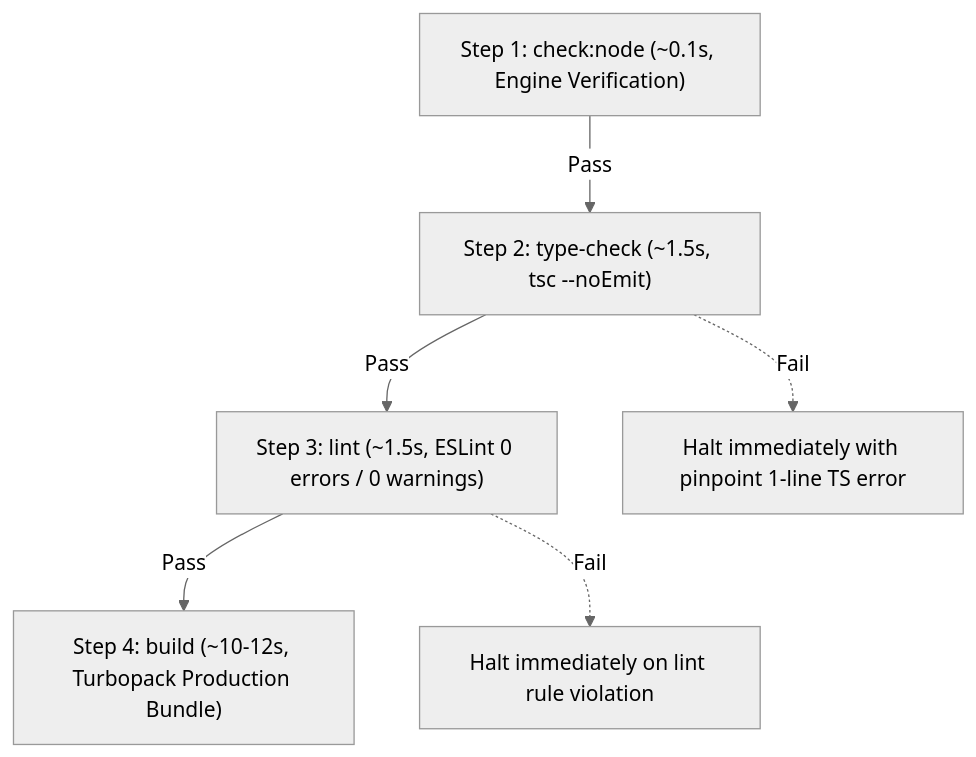
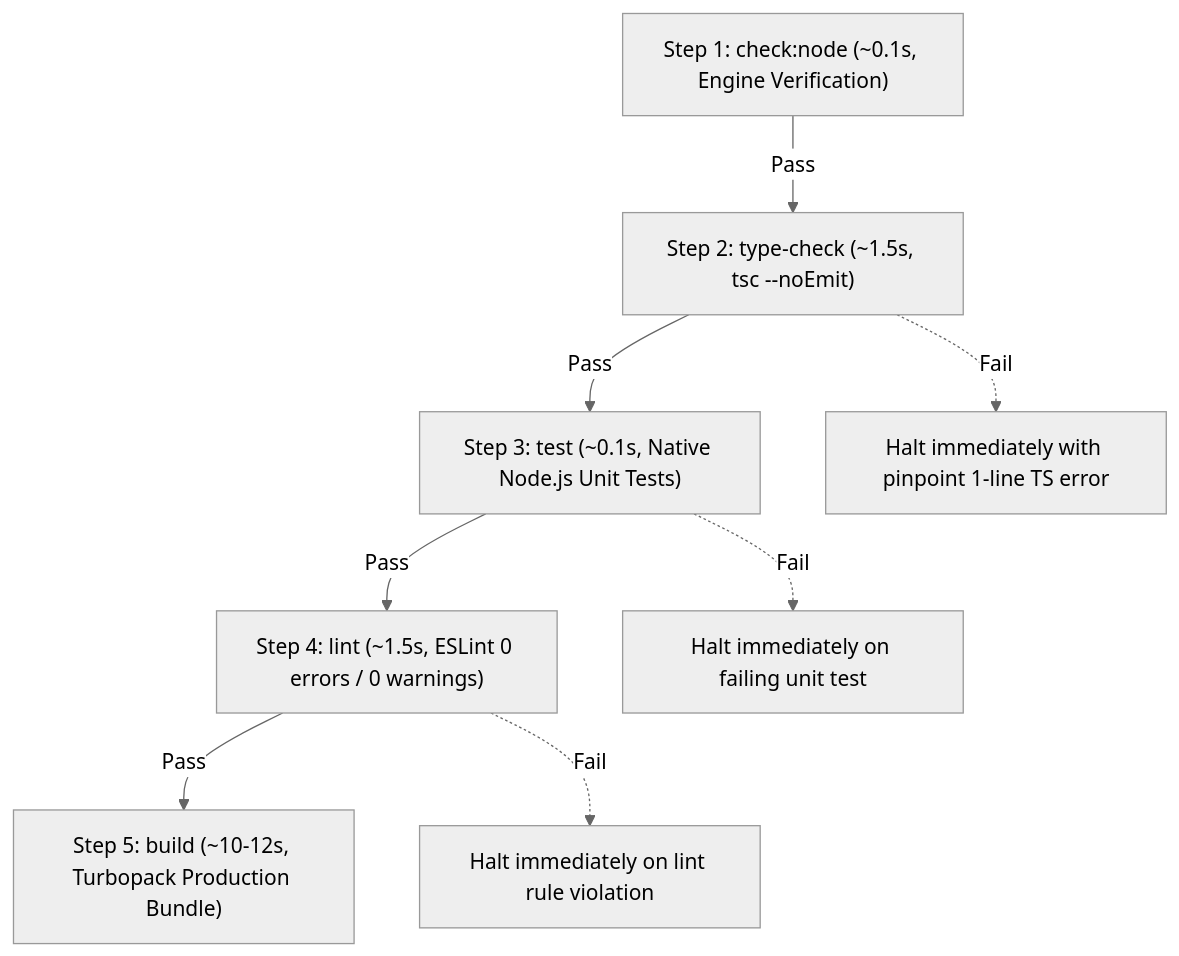
One commit to idenrai/memorize_supporter changed the fourth of 4 diagrams in doc/architecture.md. Above: the diagram before and after it, drawn with Mermaid (neutral theme). The commit also changed other lines of this file and 1 other file, not shown here.

Commit message:
docs: sync architecture and setup documentation

````diff
--- a/doc/architecture.md
+++ b/doc/architecture.md
@@ -321,14 +325,17 @@
 ```mermaid
 flowchart TD
     S1["Step 1: check:node (~0.1s, Engine Verification)"]
     S2["Step 2: type-check (~1.5s, tsc --noEmit)"]
-    S3["Step 3: lint (~1.5s, ESLint 0 errors / 0 warnings)"]
-    S4["Step 4: build (~10-12s, Turbopack Production Bundle)"]
+    S3["Step 3: test (~0.1s, Native Node.js Unit Tests)"]
+    S4["Step 4: lint (~1.5s, ESLint 0 errors / 0 warnings)"]
+    S5["Step 5: build (~10-12s, Turbopack Production Bundle)"]
 
     S1 -->|Pass| S2
     S2 -->|Pass| S3
     S3 -->|Pass| S4
+    S4 -->|Pass| S5
 
     S2 -.->|Fail| F1["Halt immediately with pinpoint 1-line TS error"]
-    S3 -.->|Fail| F2["Halt immediately on lint rule violation"]
+    S3 -.->|Fail| F2["Halt immediately on failing unit test"]
+    S4 -.->|Fail| F3["Halt immediately on lint rule violation"]
 ```
````
